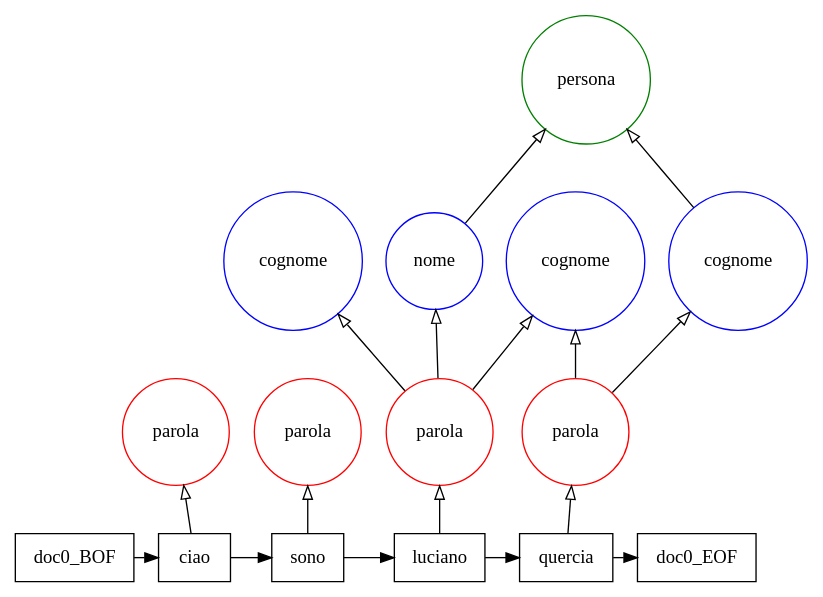
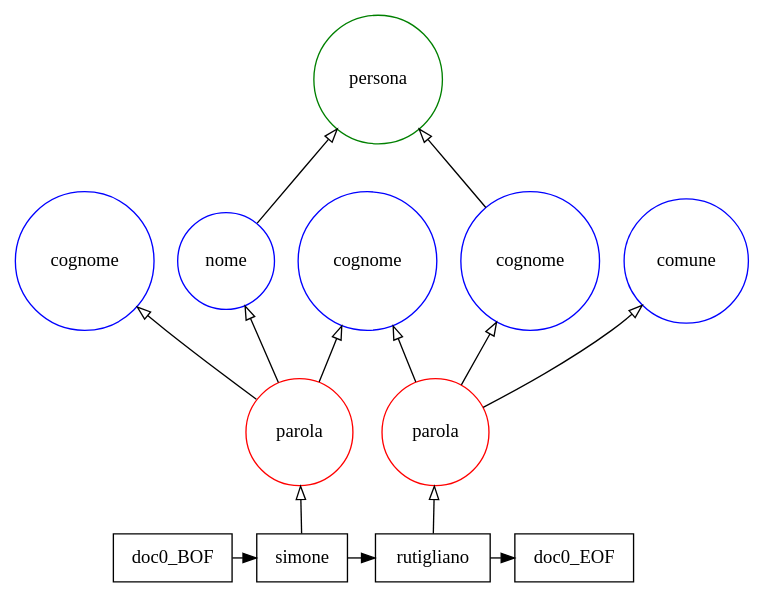
The diagram in all.dot (Simoruty/AI-course-project), drawn with Graphviz before and after one commit. The commit also changed 2 other files, not shown here.

```diff
--- a/all.dot
+++ b/all.dot
@@ -1,61 +1,55 @@
 digraph {
    rankdir=BT;
    edge [arrowhead=empty];
 
    subgraph {
       rank="source";
       edge [arrowhead=normal];
       node [shape=box];
       t0 [label="doc0_BOF"];
-      t1 [label="ciao"];
-      t2 [label="sono"];
-      t3 [label="luciano"];
-      t4 [label="quercia"];
-      t5 [label="doc0_EOF"];
+      t1 [label="simone"];
+      t2 [label="rutigliano"];
+      t3 [label="doc0_EOF"];
       t0 -> t1;
       t1 -> t2;
       t2 -> t3;
-      t3 -> t4;
-      t4 -> t5;
    }
 
    subgraph {
       rank="same";
       node [color=red,shape=circle];
       tag0 [label=parola]; 
       tag1 [label=parola]; 
-      tag2 [label=parola]; 
-      tag3 [label=parola]; 
    }
 
    subgraph {
       rank="same";
       node [color=blue,shape=circle];
+      tag3 [label=cognome]; 
       tag4 [label=cognome]; 
       tag5 [label=cognome]; 
-      tag6 [label=cognome]; 
-      tag7 [label=nome]; 
+      tag6 [label=nome]; 
+      tag2 [label=comune]; 
    }
 
    subgraph {
       rank="same";
       node [color=green,shape=circle];
-      tag8 [label=persona]; 
+      tag7 [label=persona]; 
    }
 
    subgraph {
       rank="same";
       node [color=orange,shape=circle];
    }
    t1 -> tag0;
    t2 -> tag1;
-   t3 -> tag2;
-   t4 -> tag3;
-   tag2 -> tag4;
-   tag3 -> tag4;
-   tag2 -> tag5;
-   tag3 -> tag6;
-   tag2 -> tag7;
-   tag6 -> tag8;
-   tag7 -> tag8;
+   tag1 -> tag2;
+   tag0 -> tag3;
+   tag1 -> tag3;
+   tag0 -> tag4;
+   tag1 -> tag5;
+   tag0 -> tag6;
+   tag5 -> tag7;
+   tag6 -> tag7;
 }
```
